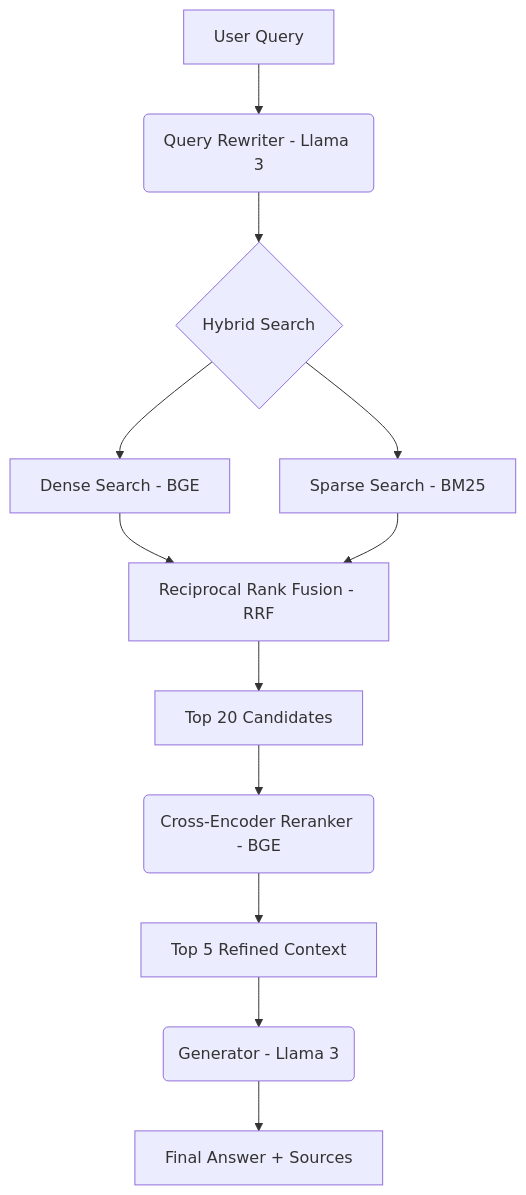
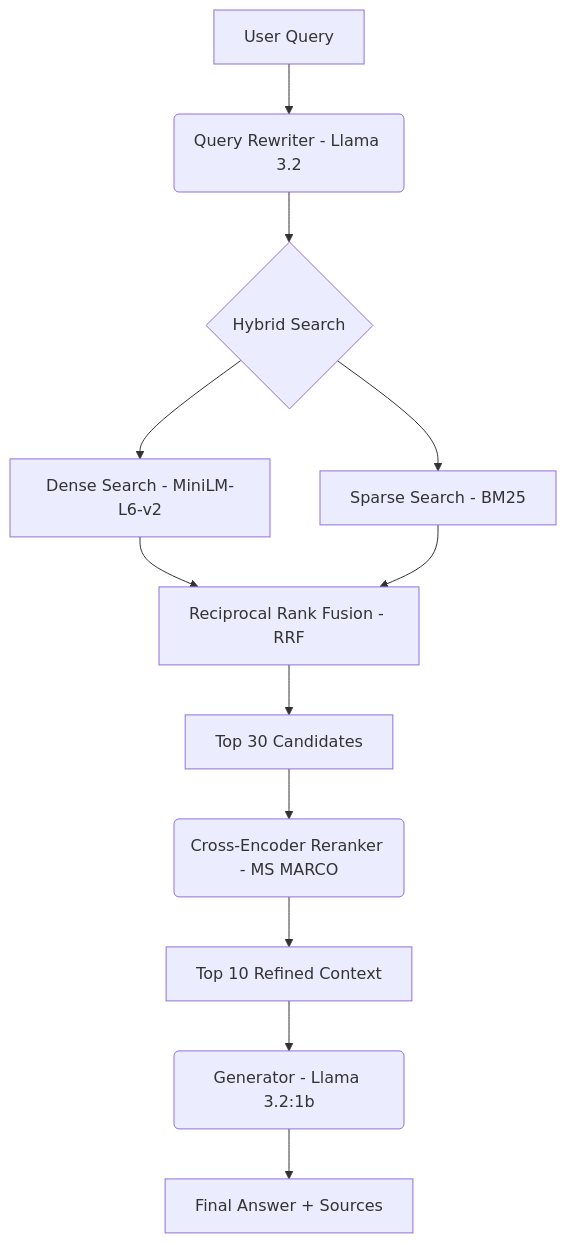
One commit to priyanshsingh11/Advanced-RAG changed the diagram in README.md. Above: the diagram before and after it, drawn with Mermaid. The commit also changed other lines of this file, not shown here.

Commit message:
feat: add configuration schema and initial RAG benchmark results

````diff
--- a/README.md
+++ b/README.md
@@ -68,14 +72,14 @@
 ```mermaid
 graph TD
-    A[User Query] --> B(Query Rewriter - Llama 3)
+    A[User Query] --> B(Query Rewriter - Llama 3.2)
     B --> C{Hybrid Search}
-    C --> D[Dense Search - BGE]
+    C --> D[Dense Search - MiniLM-L6-v2]
     C --> E[Sparse Search - BM25]
     D --> F[Reciprocal Rank Fusion - RRF]
     E --> F
-    F --> G[Top 20 Candidates]
-    G --> H(Cross-Encoder Reranker - BGE)
-    H --> I[Top 5 Refined Context]
-    I --> J(Generator - Llama 3)
+    F --> G[Top 30 Candidates]
+    G --> H(Cross-Encoder Reranker - MS MARCO)
+    H --> I[Top 10 Refined Context]
+    I --> J(Generator - Llama 3.2:1b)
     J --> K[Final Answer + Sources]
 ```
````
